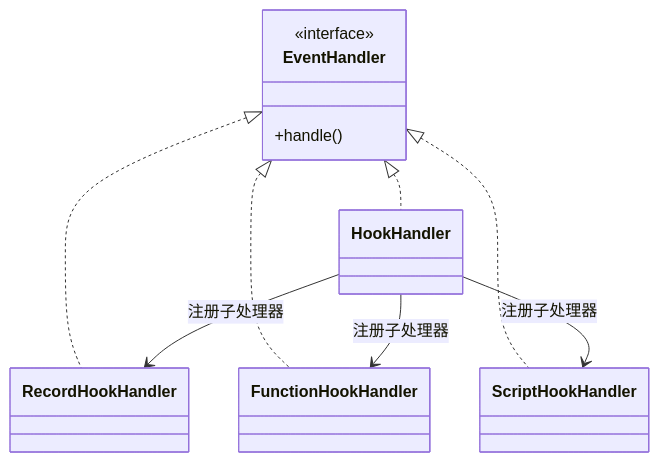
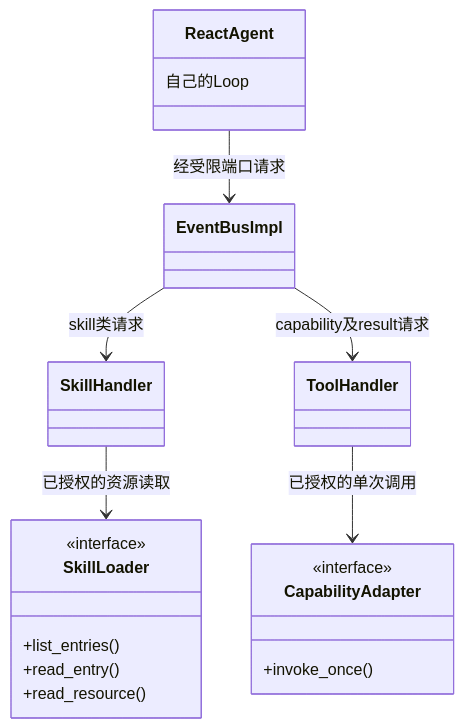
One commit to dujian0068/agent-loom changed the ninth of 14 diagrams in docs/sdk/object-collaboration.md. Above: the diagram before and after it, drawn with Mermaid. The commit also changed other lines of this file and 17 other files, not shown here.

````diff
--- a/docs/sdk/object-collaboration.md
+++ b/docs/sdk/object-collaboration.md
@@ -401,19 +640,25 @@
 ```mermaid
 classDiagram
     direction TB
-    class EventHandler {
+    class ReactAgent {
+      自己的Loop
+    }
+    class EventBusImpl
+    class SkillHandler
+    class ToolHandler
+    class SkillLoader {
       <<interface>>
-      +handle()
+      +list_entries()
+      +read_entry()
+      +read_resource()
     }
-    class HookHandler
-    class RecordHookHandler
-    class FunctionHookHandler
-    class ScriptHookHandler
-    EventHandler <|.. HookHandler
-    EventHandler <|.. RecordHookHandler
-    EventHandler <|.. FunctionHookHandler
-    EventHandler <|.. ScriptHookHandler
-    HookHandler --> RecordHookHandler : 注册子处理器
-    HookHandler --> FunctionHookHandler : 注册子处理器
-    HookHandler --> ScriptHookHandler : 注册子处理器
+    class CapabilityAdapter {
+      <<interface>>
+      +invoke_once()
+    }
+    ReactAgent --> EventBusImpl : 经受限端口请求
+    EventBusImpl --> SkillHandler : skill类请求
+    EventBusImpl --> ToolHandler : capability及result请求
+    SkillHandler --> SkillLoader : 已授权的资源读取
+    ToolHandler --> CapabilityAdapter : 已授权的单次调用
 ```
````
